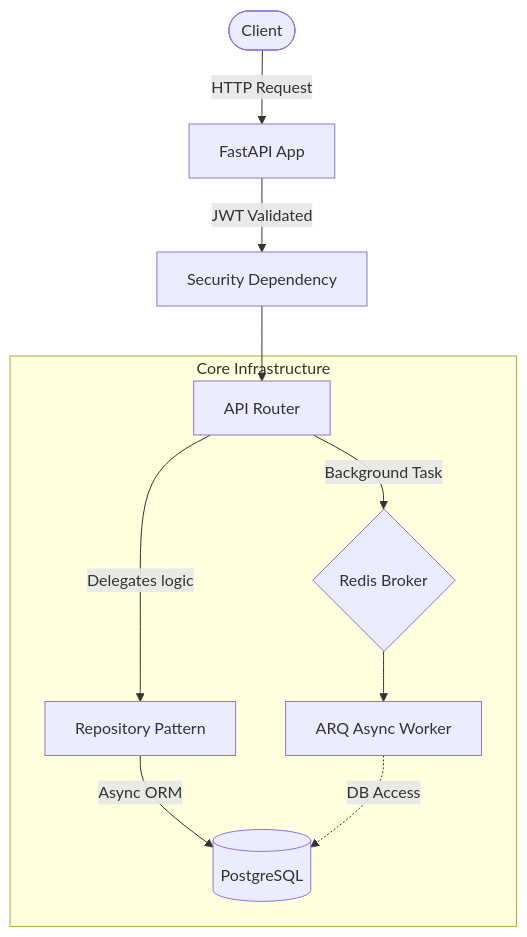
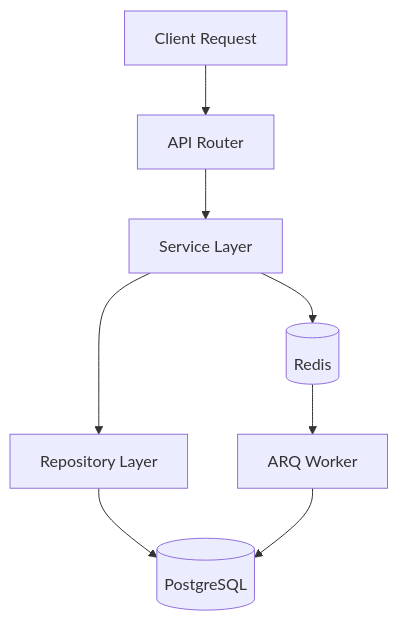
The diagram in README.md (Khanz9664/FastAPI-Project-Starter), drawn with Mermaid before and after one commit. The commit also changed other lines of this file, not shown here.

````diff
--- a/README.md
+++ b/README.md
@@ -33,14 +111,21 @@
 ```mermaid
-graph TD
-    Client([Client]) -->|HTTP Request| API[FastAPI App]
-    API -->|JWT Validated| Auth[Security Dependency]
-    Auth --> Router[API Router]
-    
-    subgraph Core Infrastructure
-        Router -->|Delegates logic| Repo[Repository Pattern]
-        Repo -->|Async ORM| DB[(PostgreSQL)]
-        Router -->|Background Task| Queue{Redis Broker}
-        Queue --> Worker[ARQ Async Worker]
-        Worker -.->|DB Access| DB
-    end
+flowchart TD
+
+Client[Client Request]
+Router[API Router]
+Service[Service Layer]
+Repository[Repository Layer]
+Database[(PostgreSQL)]
+
+Redis[(Redis)]
+Worker[ARQ Worker]
+
+Client --> Router
+Router --> Service
+Service --> Repository
+Repository --> Database
+
+Service --> Redis
+Redis --> Worker
+Worker --> Database
 ```
````
